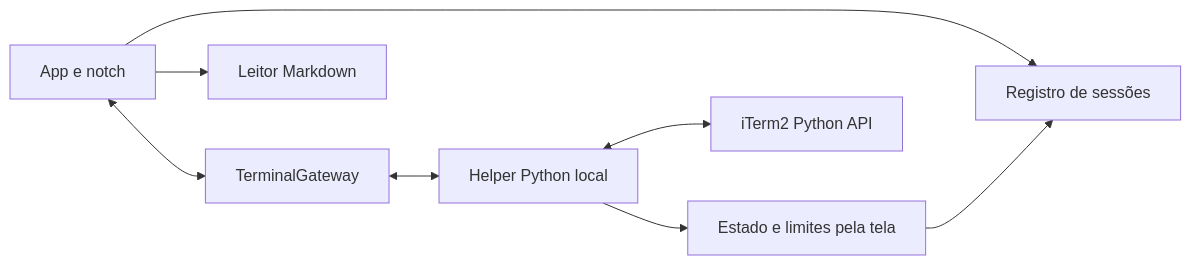
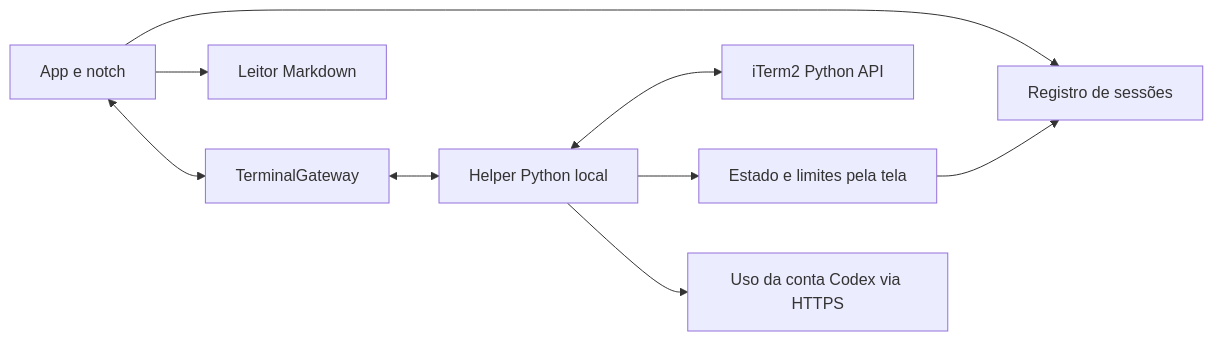
The diagram in docs/architecture.md (Arthur-Otero/notch_control-), drawn with Mermaid before and after one commit. The commit also changed other lines of this file and 18 other files, not shown here.

Commit message:
Consulta de uso do Codex sob demanda com cache de dois minutos (#8)

````diff
--- a/docs/architecture.md
+++ b/docs/architecture.md
@@ -20,10 +20,11 @@
 ```mermaid
 flowchart LR
     App[App e notch] --> Core[Registro de sessões]
     App --> Reader[Leitor Markdown]
     App <--> Gateway[TerminalGateway]
     Gateway <--> Helper[Helper Python local]
     Helper <--> iTerm[iTerm2 Python API]
     Helper --> Screen[Estado e limites pela tela]
+    Helper --> Codex[Uso da conta Codex via HTTPS]
     Screen --> Core
 ```
````
